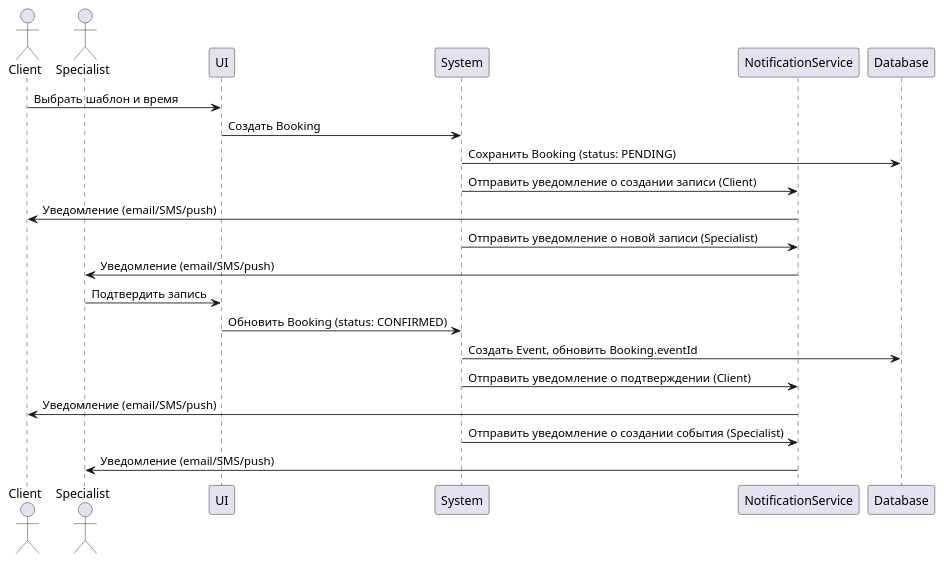
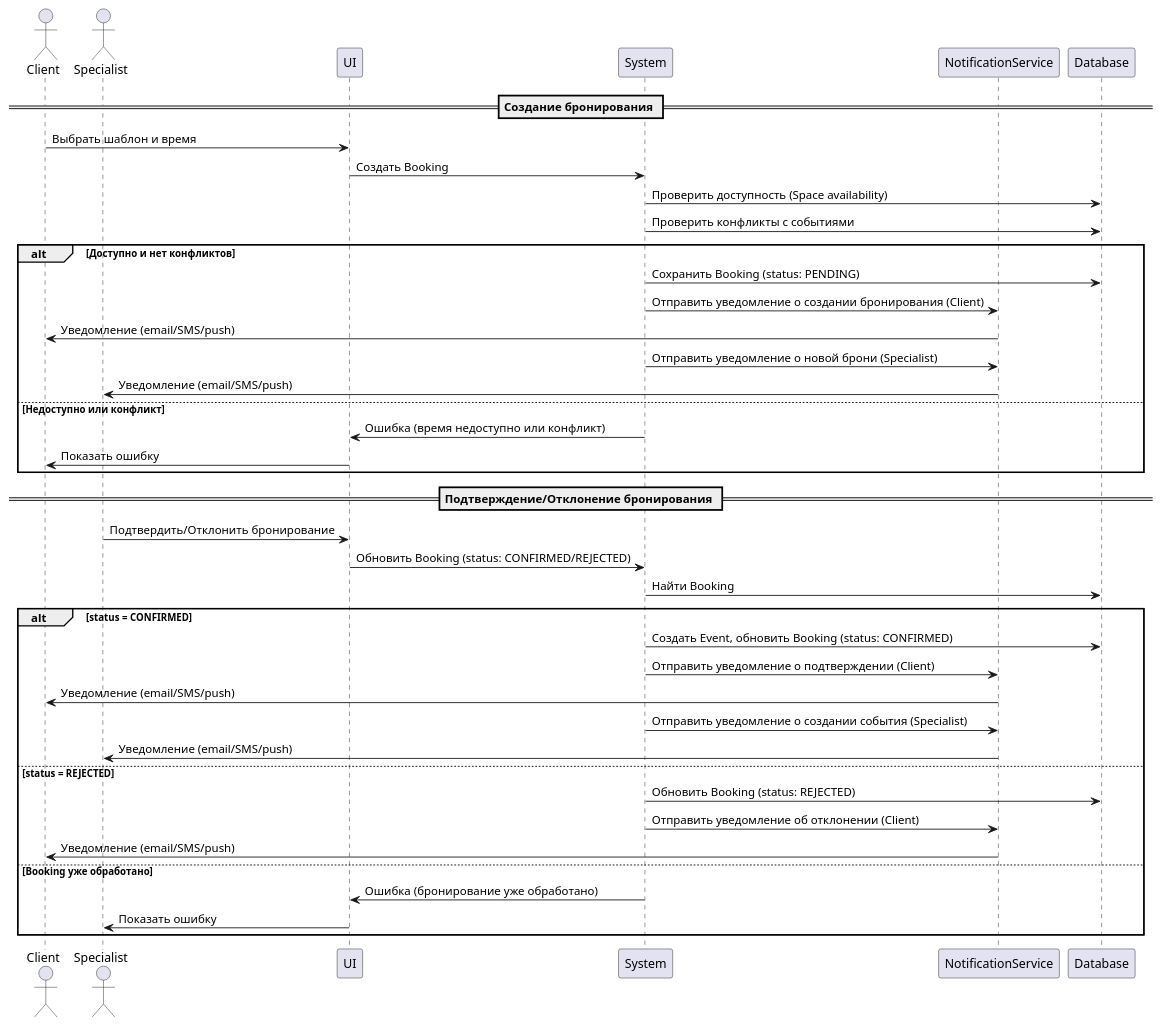
The diagram in docs/diagrams/src/booking-ns.puml (CodeImm/avacade), drawn with PlantUML before and after one commit. The commit also changed 16 other files, not shown here.

```diff
--- a/docs/diagrams/src/booking-ns.puml
+++ b/docs/diagrams/src/booking-ns.puml
@@ -1,24 +1,44 @@
 @startuml
 actor Client
 actor Specialist
 participant "UI" as UI
 participant "System" as System
 participant "NotificationService" as NS
 participant "Database" as DB
 
+== Создание бронирования ==
 Client -> UI: Выбрать шаблон и время
 UI -> System: Создать Booking
-System -> DB: Сохранить Booking (status: PENDING)
-System -> NS: Отправить уведомление о создании записи (Client)
-NS -> Client: Уведомление (email/SMS/push)
-System -> NS: Отправить уведомление о новой записи (Specialist)
-NS -> Specialist: Уведомление (email/SMS/push)
-Specialist -> UI: Подтвердить запись
-UI -> System: Обновить Booking (status: CONFIRMED)
-System -> DB: Создать Event, обновить Booking.eventId
-System -> NS: Отправить уведомление о подтверждении (Client)
-NS -> Client: Уведомление (email/SMS/push)
-System -> NS: Отправить уведомление о создании события (Specialist)
-NS -> Specialist: Уведомление (email/SMS/push)
+System -> DB: Проверить доступность (Space availability)
+System -> DB: Проверить конфликты с событиями
+alt Доступно и нет конфликтов
+  System -> DB: Сохранить Booking (status: PENDING)
+  System -> NS: Отправить уведомление о создании бронирования (Client)
+  NS -> Client: Уведомление (email/SMS/push)
+  System -> NS: Отправить уведомление о новой брони (Specialist)
+  NS -> Specialist: Уведомление (email/SMS/push)
+else Недоступно или конфликт
+  System -> UI: Ошибка (время недоступно или конфликт)
+  UI -> Client: Показать ошибку
+end alt
+
+== Подтверждение/Отклонение бронирования ==
+Specialist -> UI: Подтвердить/Отклонить бронирование
+UI -> System: Обновить Booking (status: CONFIRMED/REJECTED)
+System -> DB: Найти Booking
+alt status = CONFIRMED
+  System -> DB: Создать Event, обновить Booking (status: CONFIRMED)
+  System -> NS: Отправить уведомление о подтверждении (Client)
+  NS -> Client: Уведомление (email/SMS/push)
+  System -> NS: Отправить уведомление о создании события (Specialist)
+  NS -> Specialist: Уведомление (email/SMS/push)
+else status = REJECTED
+  System -> DB: Обновить Booking (status: REJECTED)
+  System -> NS: Отправить уведомление об отклонении (Client)
+  NS -> Client: Уведомление (email/SMS/push)
+else Booking уже обработано
+  System -> UI: Ошибка (бронирование уже обработано)
+  UI -> Specialist: Показать ошибку
+end alt
 
 @enduml
```
